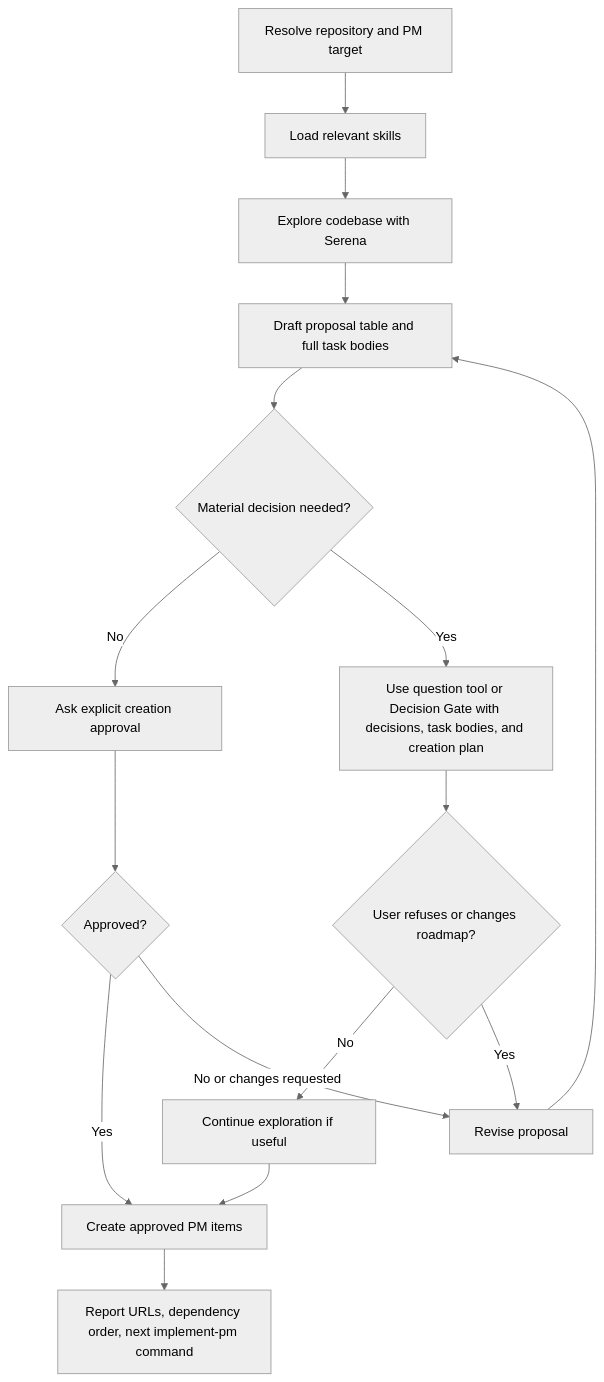
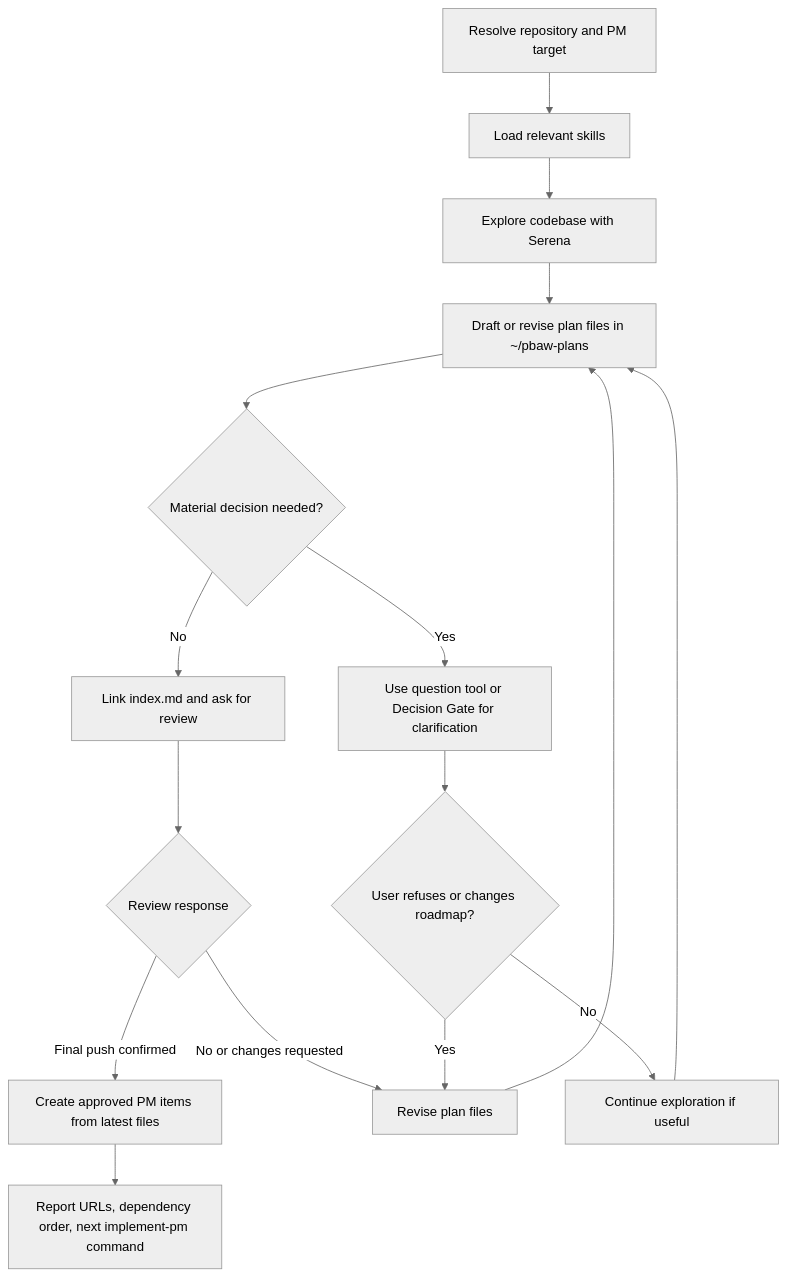
Before and after one commit to mvagnon/plan-based-agentic-workflow: the diagram in skills/feed-pm/SKILL.md, drawn with Mermaid (neutral theme). The commit also changed other lines of this file and 4 other files, not shown here.

Commit message:
feat: migrate feed-pm to a persistent file-based planning workflow using ~/pbaw-plans directories.

````diff
--- a/skills/feed-pm/SKILL.md
+++ b/skills/feed-pm/SKILL.md
@@ -60,18 +73,18 @@
 ```mermaid
 flowchart TD
   A[Resolve repository and PM target] --> B[Load relevant skills]
   B --> C[Explore codebase with Serena]
-  C --> D[Draft proposal table and full task bodies]
+  C --> D[Draft or revise plan files in ~/pbaw-plans]
   D --> E{Material decision needed?}
-  E -->|No| F[Ask explicit creation approval]
-  F --> G{Approved?}
-  G -->|Yes| H[Create approved PM items]
-  G -->|No or changes requested| I[Revise proposal]
+  E -->|No| F[Link index.md and ask for review]
+  F --> G{Review response}
+  G -->|Final push confirmed| H[Create approved PM items from latest files]
+  G -->|No or changes requested| I[Revise plan files]
   I --> D
-  E -->|Yes| J[Use question tool or Decision Gate with decisions, task bodies, and creation plan]
+  E -->|Yes| J[Use question tool or Decision Gate for clarification]
   J --> K{User refuses or changes roadmap?}
   K -->|No| L[Continue exploration if useful]
-  L --> H
+  L --> D
   K -->|Yes| I
   H --> M[Report URLs, dependency order, next implement-pm command]
 ```
````
